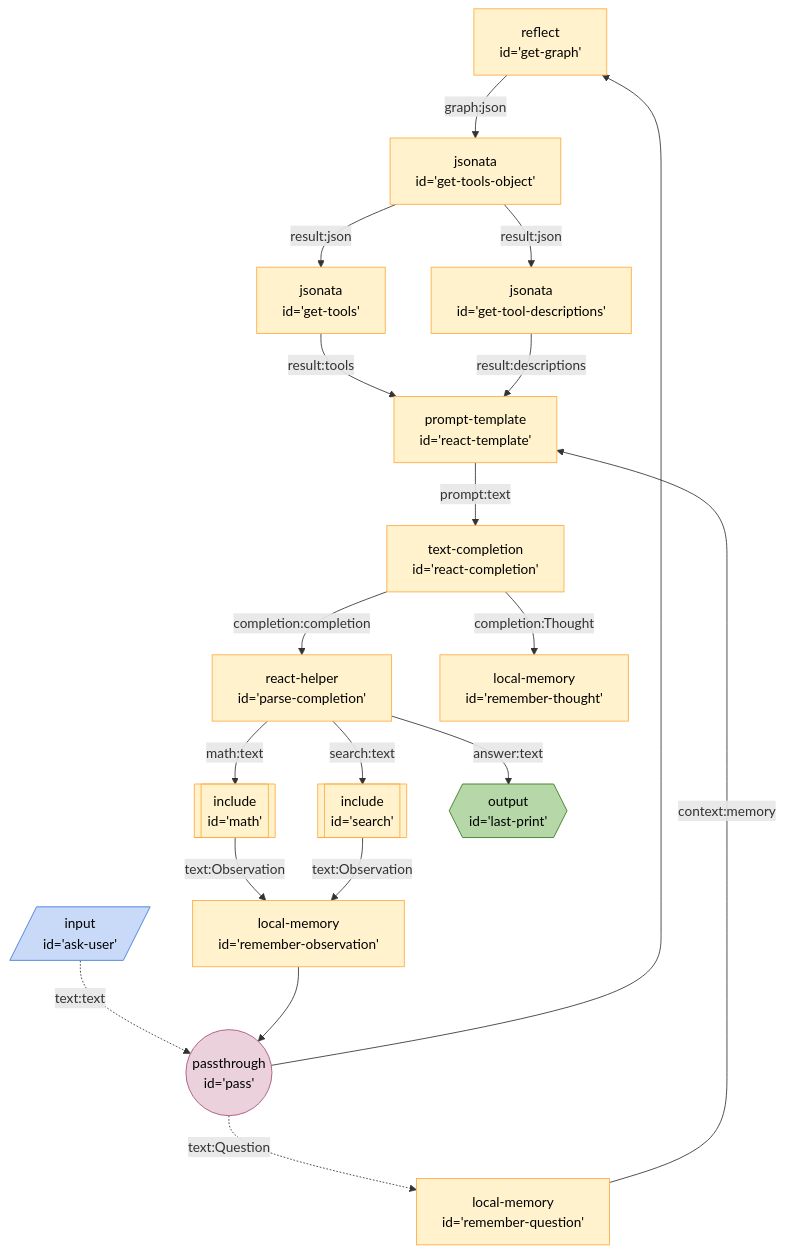
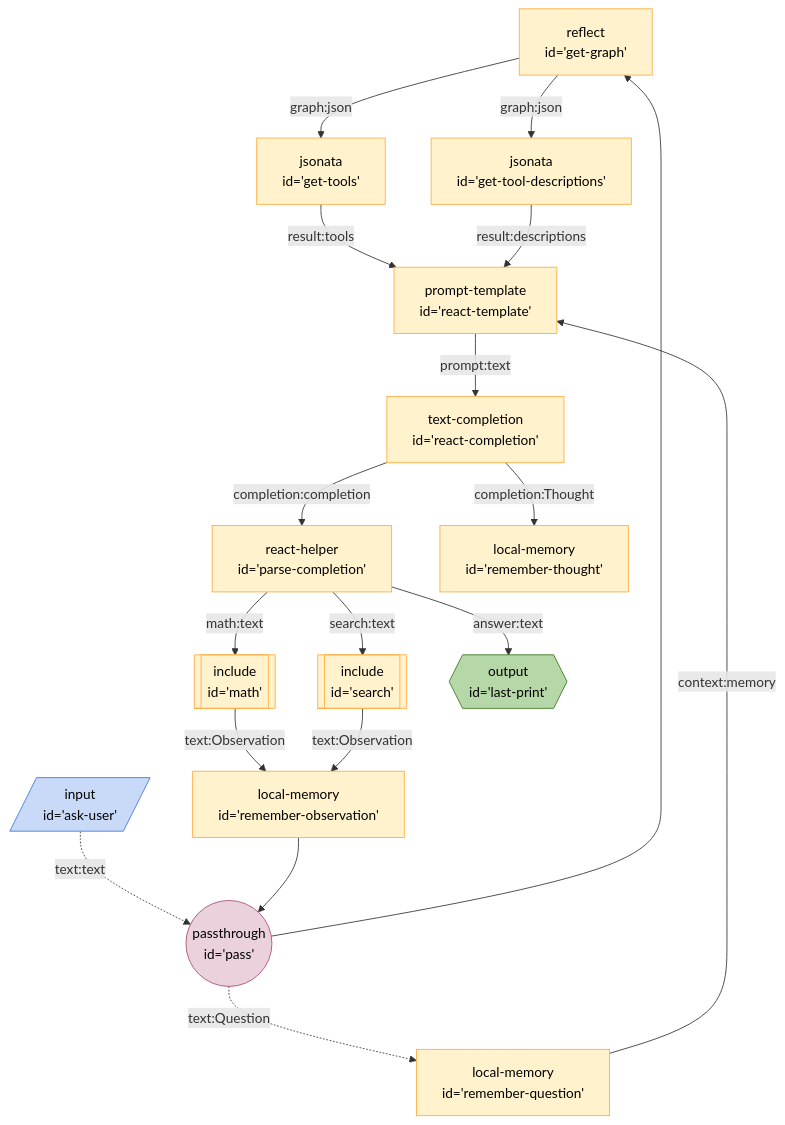
Before and after one commit to breadboard-ai/breadboard: the diagram in seeds/graph-playground/docs/graphs/react-with-jsonata.md, drawn with Mermaid. The commit also changed 1 other file, not shown here.

Commit message:
[graph] Combine jsonata bits.
Makes progress on Un-hardcode Tools in ReActHelper #16

````diff
--- a/seeds/graph-playground/docs/graphs/react-with-jsonata.md
+++ b/seeds/graph-playground/docs/graphs/react-with-jsonata.md
@@ -4,64 +4,61 @@
 ```mermaid
 %%{init: {'themeVariables': { 'fontFamily': 'Fira Code, monospace' }}}%%
 graph TD;
 getgraph["reflect
-id='get-graph'"] -- graph:json --> gettoolsobject["jsonata
-id='get-tools-object'"]
-gettoolsobject["jsonata
-id='get-tools-object'"] -- result:json --> gettools["jsonata
+id='get-graph'"] -- graph:json --> gettools["jsonata
 id='get-tools'"]
-gettoolsobject["jsonata
-id='get-tools-object'"] -- result:json --> gettooldescriptions["jsonata
+getgraph["reflect
+id='get-graph'"] -- graph:json --> gettooldescriptions["jsonata
 id='get-tool-descriptions'"]
 gettools["jsonata
 id='get-tools'"] -- result:tools --> reacttemplate["prompt-template
 id='react-template'"]
 gettooldescriptions["jsonata
 id='get-tool-descriptions'"] -- result:descriptions --> reacttemplate["prompt-template
 id='react-template'"]
 askuser[/"input
 id='ask-user'"/]:::input -. text:text .-> pass(("passthrough
 id='pass'")):::passthrough
 pass(("passthrough
 id='pass'")):::passthrough -. text:Question .-> rememberquestion["local-memory
 id='remember-question'"]
 rememberquestion["local-memory
 id='remember-question'"] -- context:memory --> reacttemplate["prompt-template
 id='react-template'"]
 pass(("passthrough
 id='pass'")):::passthrough --> getgraph["reflect
 id='get-graph'"]
 reacttemplate["prompt-template
 id='react-template'"] -- prompt:text --> reactcompletion["text-completion
 id='react-completion'"]
 reactcompletion["text-completion
 id='react-completion'"] -- completion:completion --> parsecompletion["react-helper
 id='parse-completion'"]
 reactcompletion["text-completion
 id='react-completion'"] -- completion:Thought --> rememberthought["local-memory
 id='remember-thought'"]
 parsecompletion["react-helper
 id='parse-completion'"] -- search:text --> search[["include
 id='search'"]]:::include
 parsecompletion["react-helper
 id='parse-completion'"] -- math:text --> math[["include
 id='math'"]]:::include
 math[["include
 id='math'"]]:::include -- text:Observation --> rememberobservation["local-memory
 id='remember-observation'"]
 search[["include
 id='search'"]]:::include -- text:Observation --> rememberobservation["local-memory
 id='remember-observation'"]
 rememberobservation["local-memory
 id='remember-observation'"] --> pass(("passthrough
 id='pass'")):::passthrough
 parsecompletion["react-helper
 id='parse-completion'"] -- answer:text --> lastprint{{"output
 id='last-print'"}}:::output
 classDef default stroke:#ffab40,fill:#fff2ccff,color:#000
 classDef input stroke:#3c78d8,fill:#c9daf8ff,color:#000
 classDef output stroke:#38761d,fill:#b6d7a8ff,color:#000
 classDef passthrough stroke:#a64d79,fill:#ead1dcff,color:#000
 classDef slot stroke:#a64d79,fill:#ead1dcff,color:#000
 classDef slotted stroke:#a64d79
 ```
````
